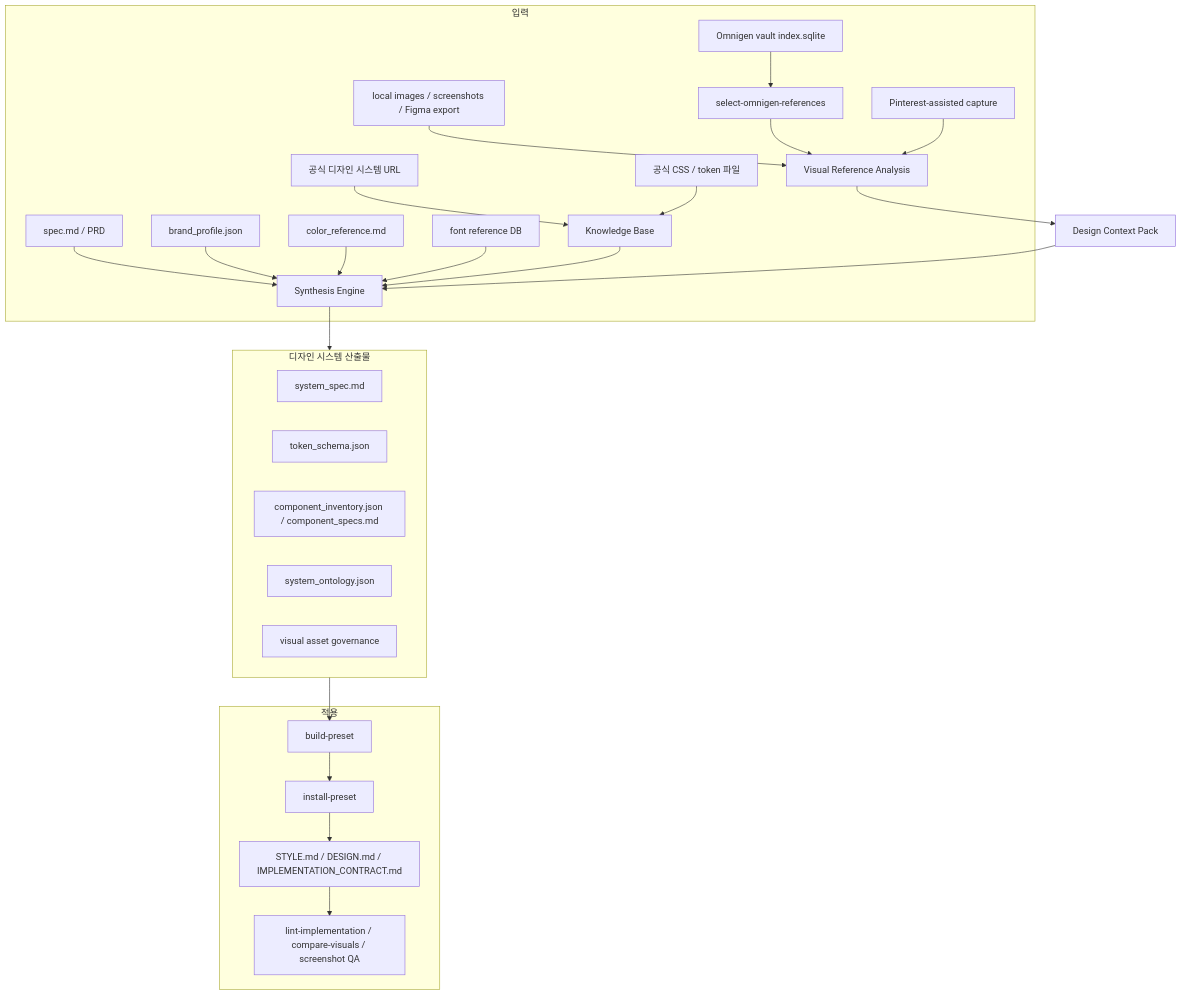
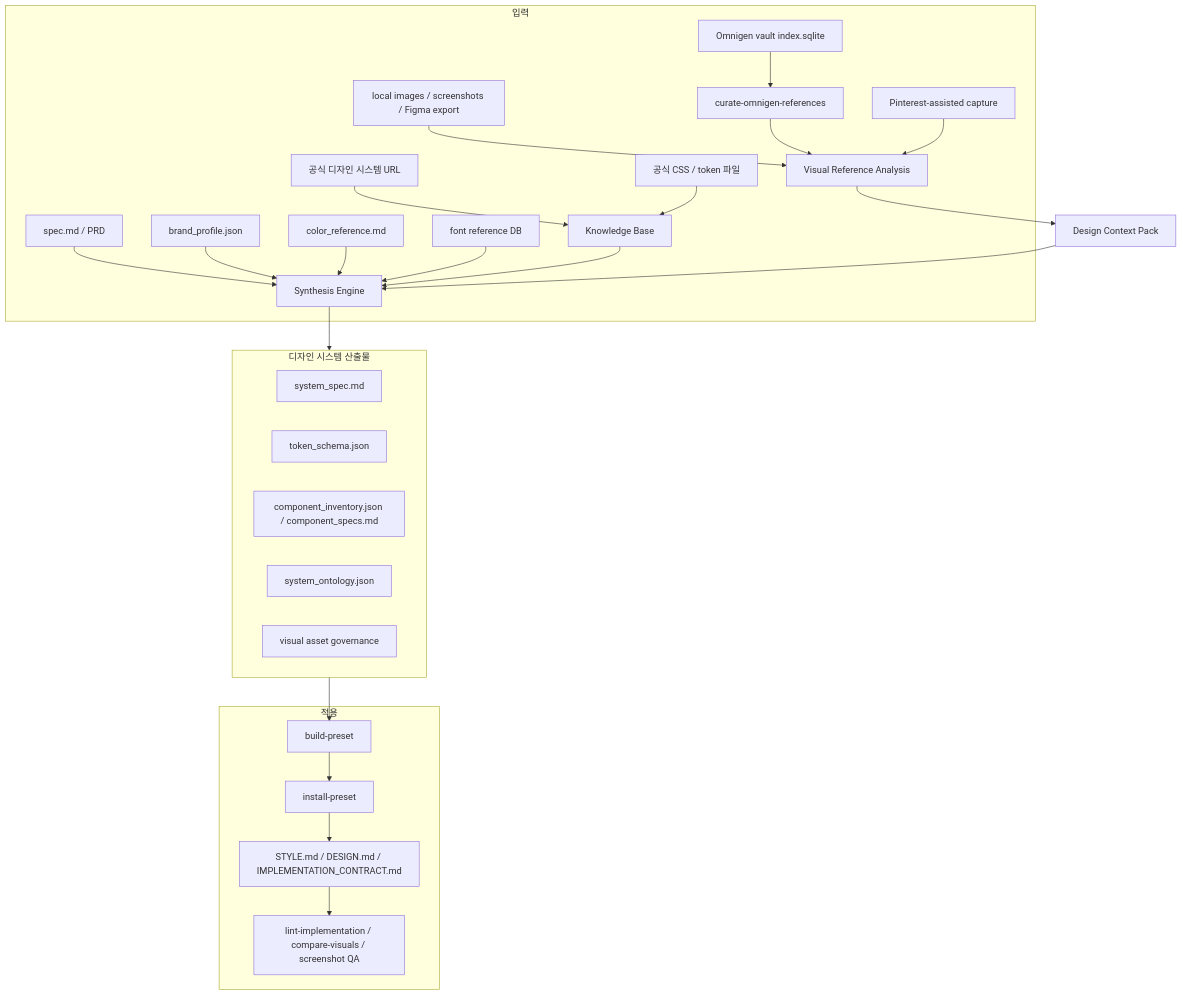
The diagram in README.md (2000silpeed/design-ontology-harness), drawn with Mermaid before and after one commit. The commit also changed other lines of this file and 5 other files, not shown here.

````diff
--- a/README.md
+++ b/README.md
@@ -51,38 +51,38 @@
 ```mermaid
 flowchart TB
     subgraph INPUT["입력"]
         SEEDS["공식 디자인 시스템 URL"] --> KB["Knowledge Base"]
         CSS["공식 CSS / token 파일"] --> KB
         SPEC["spec.md / PRD"] --> SYNTH["Synthesis Engine"]
         BRAND["brand_profile.json"] --> SYNTH
         COLOR["color_reference.md"] --> SYNTH
         FONT["font reference DB"] --> SYNTH
         IMAGES["local images / screenshots / Figma export"] --> VISUAL["Visual Reference Analysis"]
-        OMNI["Omnigen vault index.sqlite"] --> SELECT["select-omnigen-references"]
+        OMNI["Omnigen vault index.sqlite"] --> SELECT["curate-omnigen-references"]
         SELECT --> VISUAL
         PIN["Pinterest-assisted capture"] --> VISUAL
     end
 
     KB --> SYNTH
     VISUAL --> CONTEXT["Design Context Pack"]
     CONTEXT --> SYNTH
 
     subgraph OUTPUT["디자인 시스템 산출물"]
         SPECOUT["system_spec.md"]
         TOKENS["token_schema.json"]
         COMPS["component_inventory.json / component_specs.md"]
         GRAPH["system_ontology.json"]
         ASSETS["visual asset governance"]
     end
 
     SYNTH --> OUTPUT
 
     subgraph APPLY["적용"]
         PRESET["build-preset"]
         INSTALL["install-preset"]
         AGENT["STYLE.md / DESIGN.md / IMPLEMENTATION_CONTRACT.md"]
         QA["lint-implementation / compare-visuals / screenshot QA"]
     end
 
     OUTPUT --> PRESET --> INSTALL --> AGENT --> QA
 ```
````
